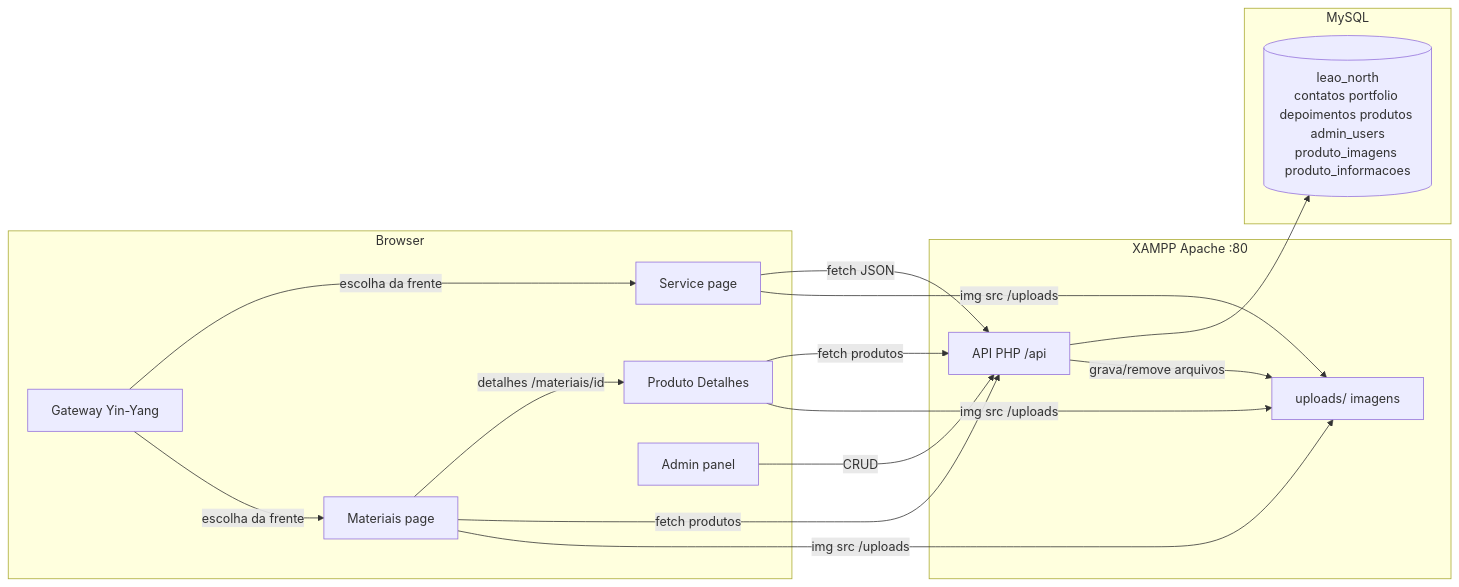
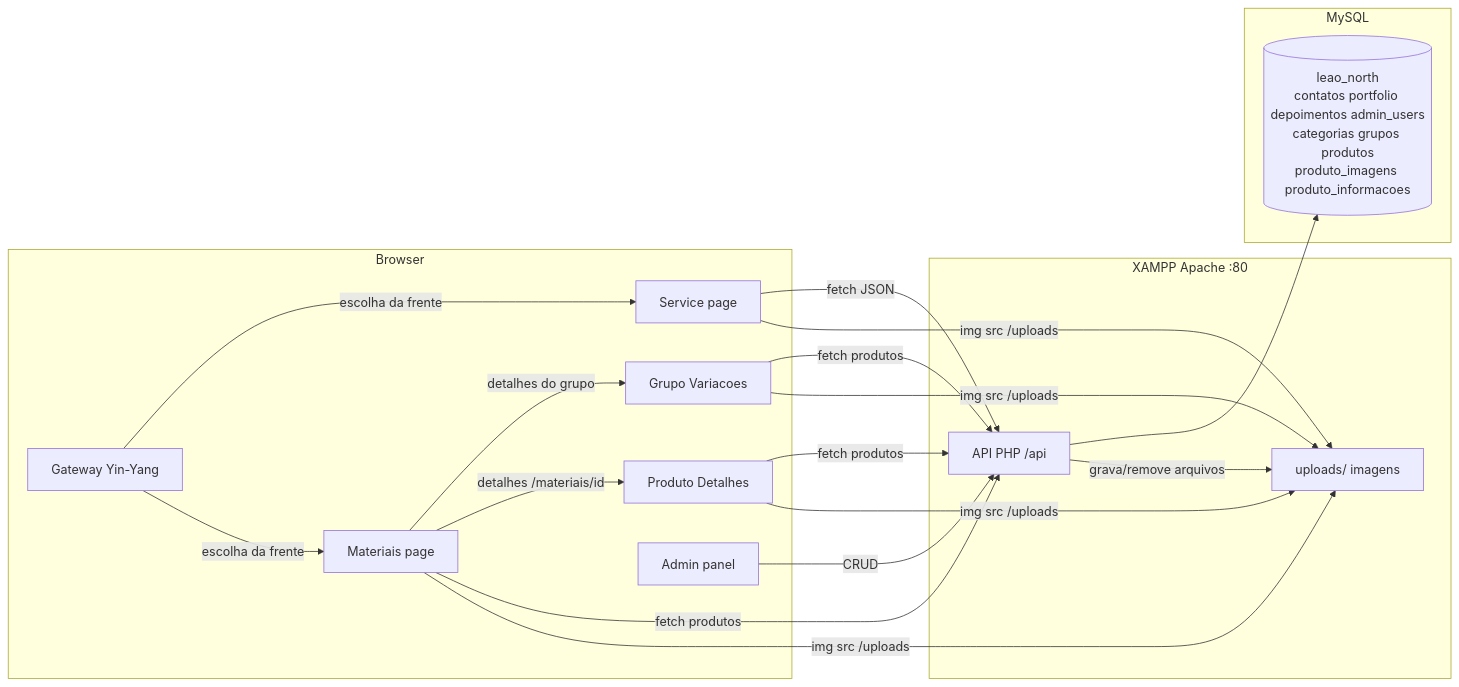
Before and after one commit to estagio-leao/site-leao: the diagram in CONTEXT.md, drawn with Mermaid. The commit also changed other lines of this file, not shown here.

````diff
--- a/CONTEXT.md
+++ b/CONTEXT.md
@@ -54,32 +63,36 @@
 ```mermaid
 flowchart LR
     subgraph Browser
         A[Gateway Yin-Yang]
         B[Service page]
         C[Materiais page]
-        D[Produto Detalhes]
-        E[Admin panel]
+        D[Grupo Variacoes]
+        E[Produto Detalhes]
+        F[Admin panel]
     end
 
     subgraph XAMPP Apache :80
-        F[API PHP /api]
-        G[uploads/ imagens]
+        G[API PHP /api]
+        H[uploads/ imagens]
     end
 
     subgraph MySQL
-        H[(leao_north<br/>contatos portfolio depoimentos produtos admin_users<br/>produto_imagens produto_informacoes)]
+        I[(leao_north<br/>contatos portfolio depoimentos admin_users<br/>categorias grupos produtos<br/>produto_imagens produto_informacoes)]
     end
 
     A -->|escolha da frente| B
     A -->|escolha da frente| C
-    C -->|detalhes /materiais/id| D
-    B -->|fetch JSON| F
-    C -->|fetch produtos| F
-    D -->|fetch produtos| F
-    E -->|CRUD| F
-    F --> H
-    F -->|grava/remove arquivos| G
-    B -->|img src /uploads| G
-    C -->|img src /uploads| G
-    D -->|img src /uploads| G
+    C -->|detalhes do grupo| D
+    C -->|detalhes /materiais/id| E
+    B -->|fetch JSON| G
+    C -->|fetch produtos| G
+    D -->|fetch produtos| G
+    E -->|fetch produtos| G
+    F -->|CRUD| G
+    G --> I
+    G -->|grava/remove arquivos| H
+    B -->|img src /uploads| H
+    C -->|img src /uploads| H
+    D -->|img src /uploads| H
+    E -->|img src /uploads| H
 ```
````
